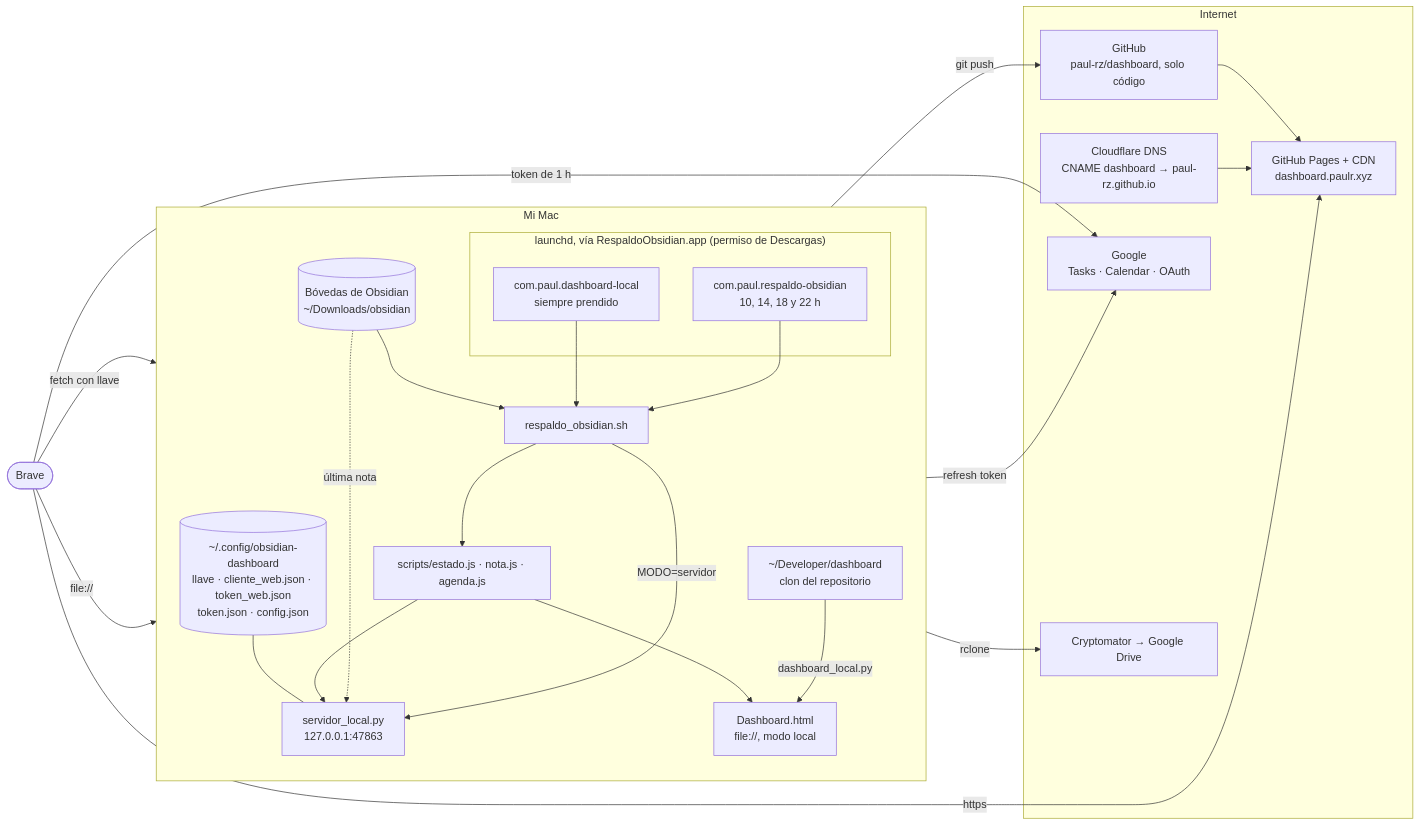
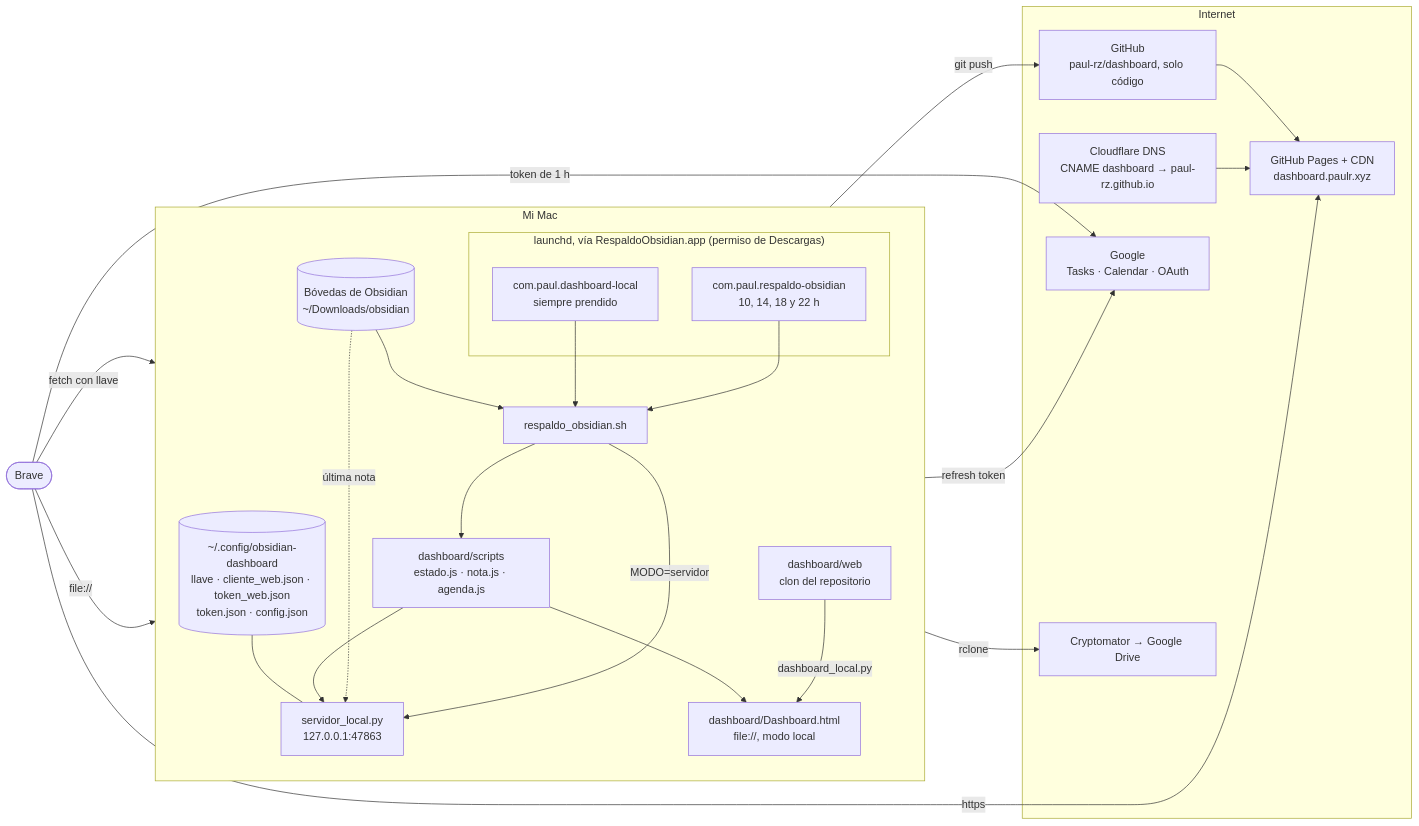
Before and after one commit to paul-rz/dashboard: the first of 7 diagrams in README.md, drawn with Mermaid. The commit also changed other lines of this file and 3 other files, not shown here.

````diff
--- a/README.md
+++ b/README.md
@@ -22,45 +35,45 @@
 ```mermaid
 flowchart LR
   subgraph MAC["Mi Mac"]
     direction TB
     VAULT[("Bóvedas de Obsidian<br/>~/Downloads/obsidian")]
     subgraph LD["launchd, vía RespaldoObsidian.app (permiso de Descargas)"]
       RESP["com.paul.respaldo-obsidian<br/>10, 14, 18 y 22 h"]
       SERV["com.paul.dashboard-local<br/>siempre prendido"]
     end
     SH["respaldo_obsidian.sh"]
     PYS["servidor_local.py<br/>127.0.0.1:47863"]
-    DATA["scripts/estado.js · nota.js · agenda.js"]
+    DATA["dashboard/scripts<br/>estado.js · nota.js · agenda.js"]
     CONF[("~/.config/obsidian-dashboard<br/>llave · cliente_web.json · token_web.json<br/>token.json · config.json")]
-    REPO["~/Developer/dashboard<br/>clon del repositorio"]
-    LOCAL["Dashboard.html<br/>file://, modo local"]
+    REPO["dashboard/web<br/>clon del repositorio"]
+    LOCAL["dashboard/Dashboard.html<br/>file://, modo local"]
   end
   subgraph NUBE["Internet"]
     GH["GitHub<br/>paul-rz/dashboard, solo código"]
     PAGES["GitHub Pages + CDN<br/>dashboard.paulr.xyz"]
     CF["Cloudflare DNS<br/>CNAME dashboard → paul-rz.github.io"]
     GOOG["Google<br/>Tasks · Calendar · OAuth"]
     CRYP["Cryptomator → Google Drive"]
   end
   BRAVE(["Brave"])
 
   RESP --> SH
   SERV --> SH
   SH -->|"MODO=servidor"| PYS
   SH -->|"rclone"| CRYP
   SH --> DATA
   VAULT --> SH
   VAULT -.->|"última nota"| PYS
   DATA --> PYS
   CONF --- PYS
   PYS -->|"refresh token"| GOOG
   REPO -->|"git push"| GH
   GH --> PAGES
   CF --> PAGES
   REPO -->|"dashboard_local.py"| LOCAL
   DATA --> LOCAL
   BRAVE -->|"https"| PAGES
   BRAVE -->|"fetch con llave"| PYS
   BRAVE -->|"token de 1 h"| GOOG
   BRAVE -->|"file://"| LOCAL
 ```
````
